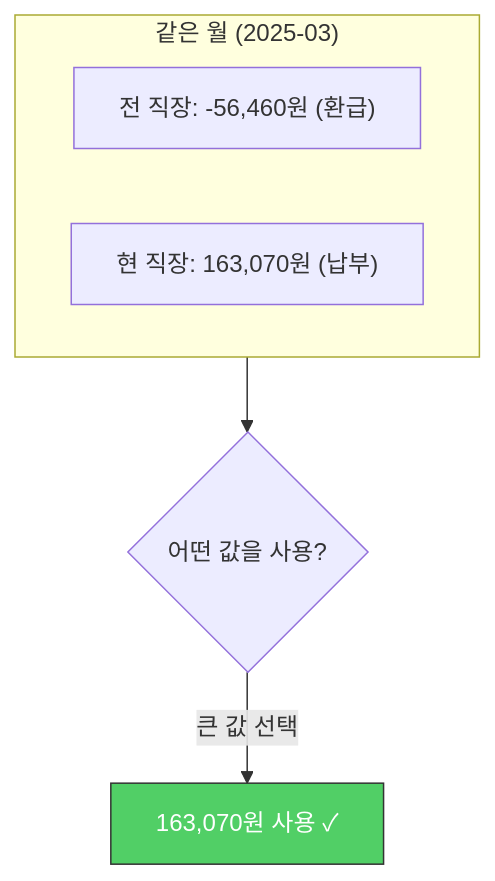
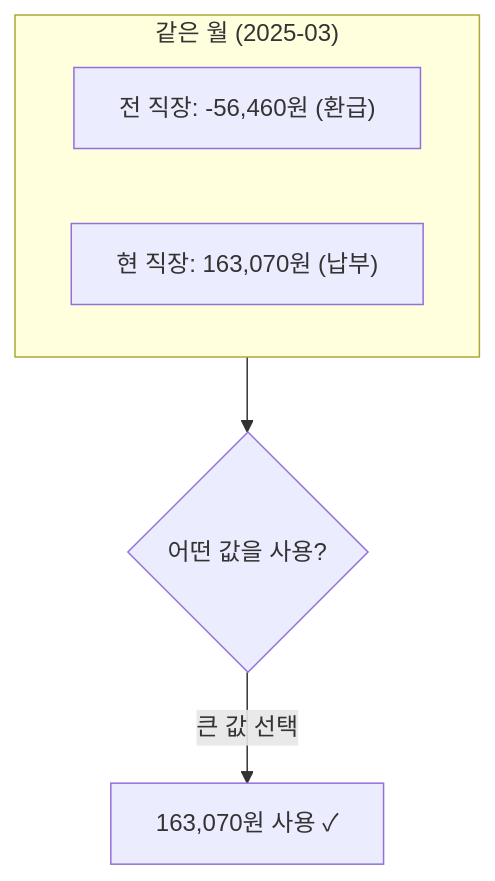
One commit to Gyubster/til changed the fifth of 7 diagrams in _posts/2025-12-05-건강보험-연소득-산정의-엣지케이스-비즈니스-규칙이-코드보다-어려울-때.md. Above: the diagram before and after it, drawn with Mermaid. The commit also changed other lines of this file and 13 other files, not shown here.

Commit message:
Mermaid 렌더링 수정: subgraph style 명령 제거

````diff
--- a/_posts/2025-12-05-건강보험-연소득-산정의-엣지케이스-비즈니스-규칙이-코드보다-어려울-때.md
+++ b/_posts/2025-12-05-건강보험-연소득-산정의-엣지케이스-비즈니스-규칙이-코드보다-어려울-때.md
@@ -100,11 +97,10 @@
 ```mermaid
 flowchart TD
     subgraph same_month["같은 월 (2025-03)"]
         A["전 직장: -56,460원 (환급)"]
         B["현 직장: 163,070원 (납부)"]
     end
     C{"어떤 값을 사용?"}
     same_month --> C
     C -->|"큰 값 선택"| D["163,070원 사용 ✓"]
-    style D fill:#51cf66,stroke:#333,color:#fff
 ```
````
